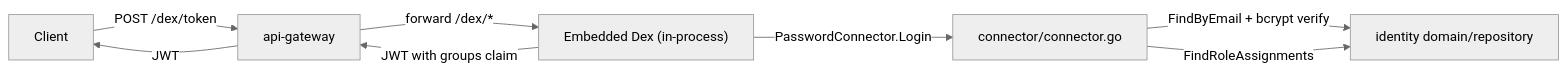
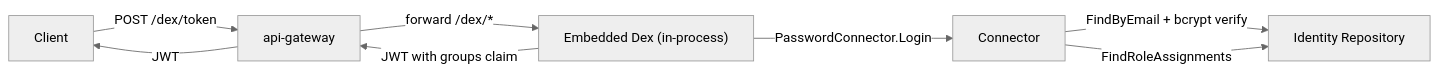
The second of 2 diagrams in services/identity/README.md (meridianhub/meridian), drawn with Mermaid (neutral theme) before and after one commit. The commit also changed other lines of this file and 3 other files, not shown here.

````diff
--- a/services/identity/README.md
+++ b/services/identity/README.md
@@ -171,10 +171,10 @@
 ```mermaid
 flowchart LR
     Client -- "POST /dex/token" --> APIGW["api-gateway"]
     APIGW -- "forward /dex/*" --> Dex["Embedded Dex (in-process)"]
-    Dex -- "PasswordConnector.Login" --> Connector["connector/connector.go"]
-    Connector -- "FindByEmail + bcrypt verify" --> Repo["identity domain/repository"]
+    Dex -- "PasswordConnector.Login" --> Connector["Connector"]
+    Connector -- "FindByEmail + bcrypt verify" --> Repo["Identity Repository"]
     Connector -- "FindRoleAssignments" --> Repo
     Dex -- "JWT with groups claim" --> APIGW
     APIGW -- "JWT" --> Client
 ```
````
